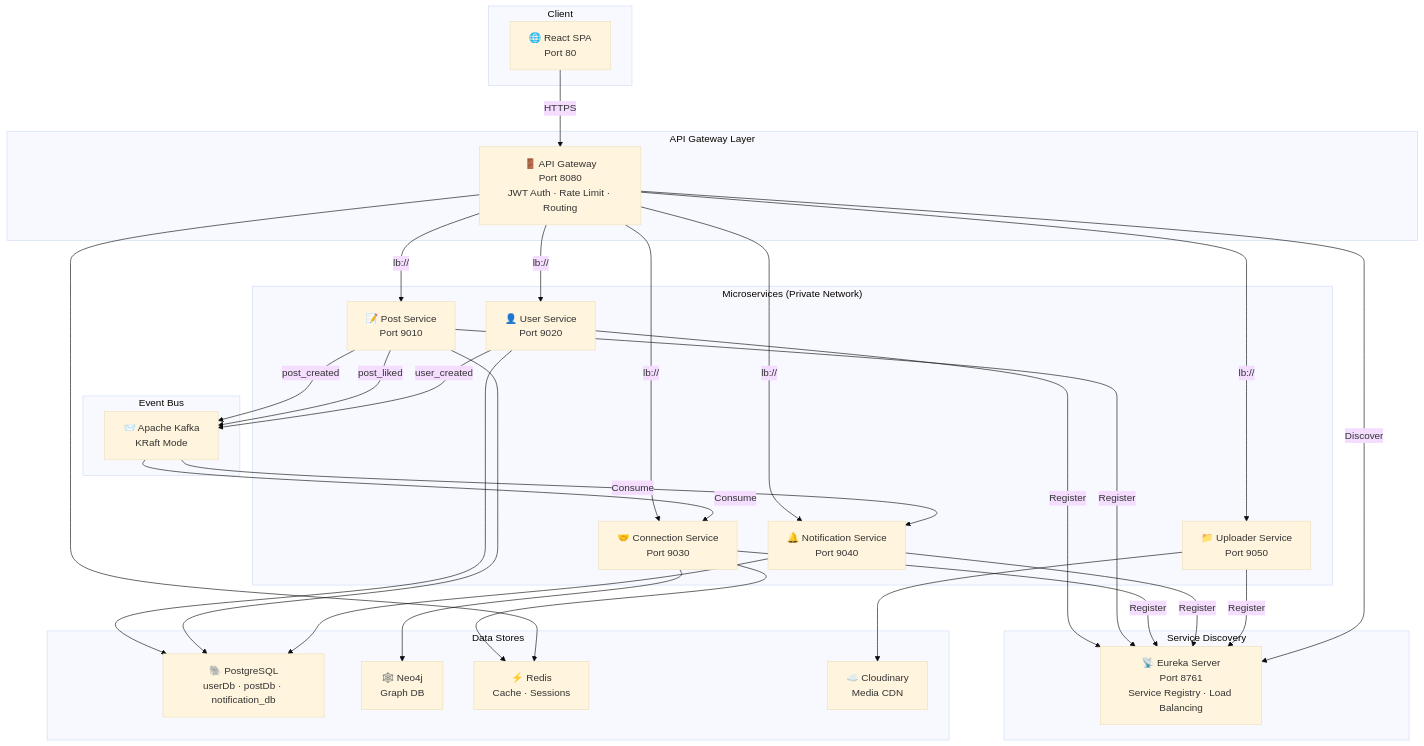
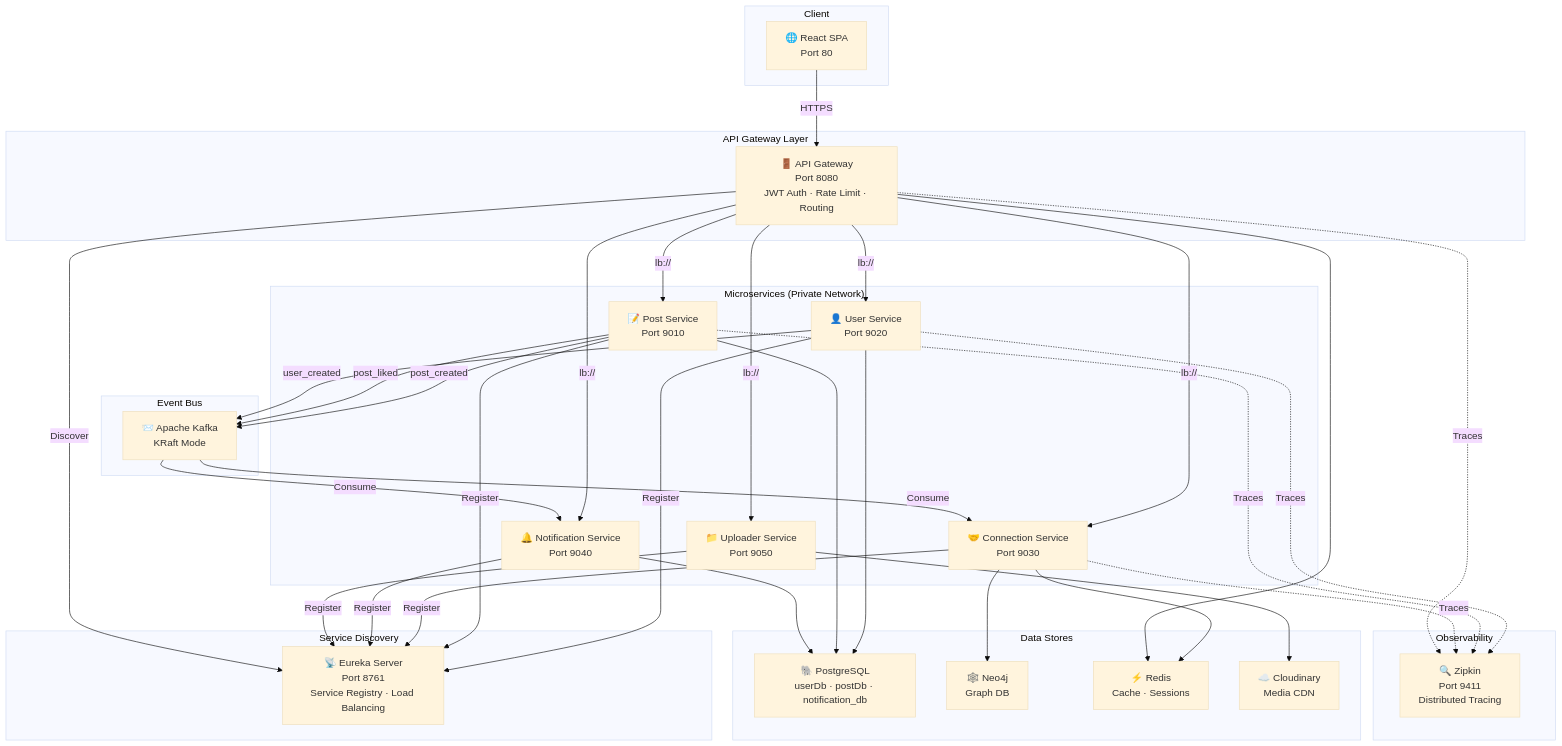
The first of 3 diagrams in README.md (nims-creation/MyLinkedein), drawn with Mermaid (base theme) before and after one commit. The commit also changed other lines of this file, not shown here.

First line of the commit message:
docs: update README with completed features, Zipkin architecture and correct URLs

````diff
--- a/README.md
+++ b/README.md
@@ -72,52 +74,61 @@
 ```mermaid
 flowchart TB
     subgraph Client
         APP["🌐 React SPA<br/>Port 80"]
     end
 
     subgraph Gateway["API Gateway Layer"]
         GW["🚪 API Gateway<br/>Port 8080<br/>JWT Auth · Rate Limit · Routing"]
     end
 
     subgraph Discovery["Service Discovery"]
         EUR["📡 Eureka Server<br/>Port 8761<br/>Service Registry · Load Balancing"]
     end
 
     subgraph Services["Microservices (Private Network)"]
         US["👤 User Service<br/>Port 9020"]
         PS["📝 Post Service<br/>Port 9010"]
         CS["🤝 Connection Service<br/>Port 9030"]
         NS["🔔 Notification Service<br/>Port 9040"]
         UL["📁 Uploader Service<br/>Port 9050"]
     end
 
     subgraph Messaging["Event Bus"]
         KF["📨 Apache Kafka<br/>KRaft Mode"]
+    end
+
+    subgraph Observability["Observability"]
+        ZK["🔍 Zipkin<br/>Port 9411<br/>Distributed Tracing"]
     end
 
     subgraph Databases["Data Stores"]
         PG["🐘 PostgreSQL<br/>userDb · postDb · notification_db"]
         N4["🕸️ Neo4j<br/>Graph DB"]
         RD["⚡ Redis<br/>Cache · Sessions"]
         CL["☁️ Cloudinary<br/>Media CDN"]
     end
 
     APP -->|"HTTPS"| GW
     GW -->|"lb://"| US & PS & CS & NS & UL
     US & PS & CS & NS & UL -->|"Register"| EUR
     GW -->|"Discover"| EUR
 
     PS -->|"post_created"| KF
     PS -->|"post_liked"| KF
     US -->|"user_created"| KF
     KF -->|"Consume"| NS
     KF -->|"Consume"| CS
 
     US --> PG
     PS --> PG
     NS --> PG
     CS --> N4
     CS --> RD
     GW --> RD
     UL --> CL
+
+    US -.->|"Traces"| ZK
+    PS -.->|"Traces"| ZK
+    CS -.->|"Traces"| ZK
+    GW -.->|"Traces"| ZK
 ```
````
